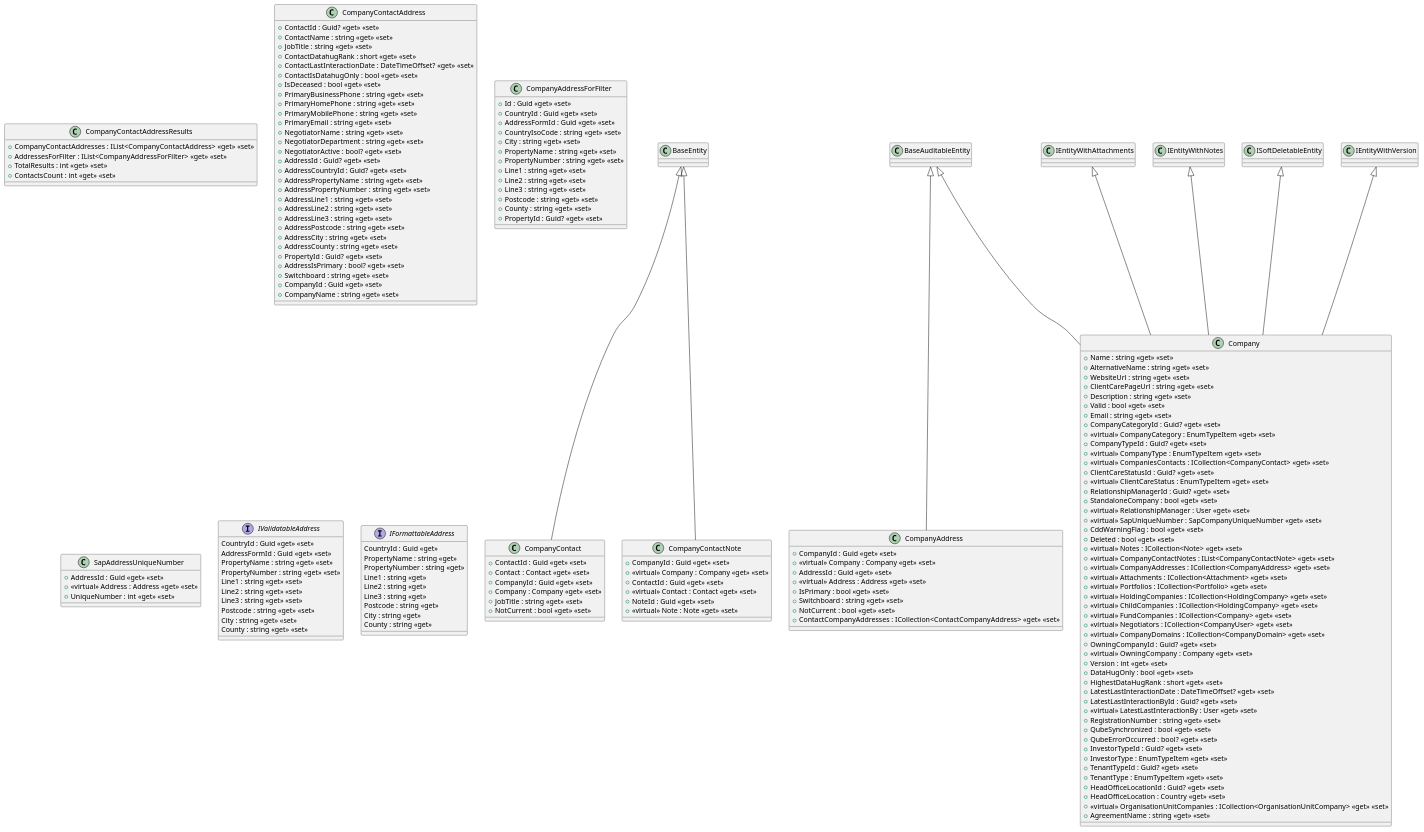
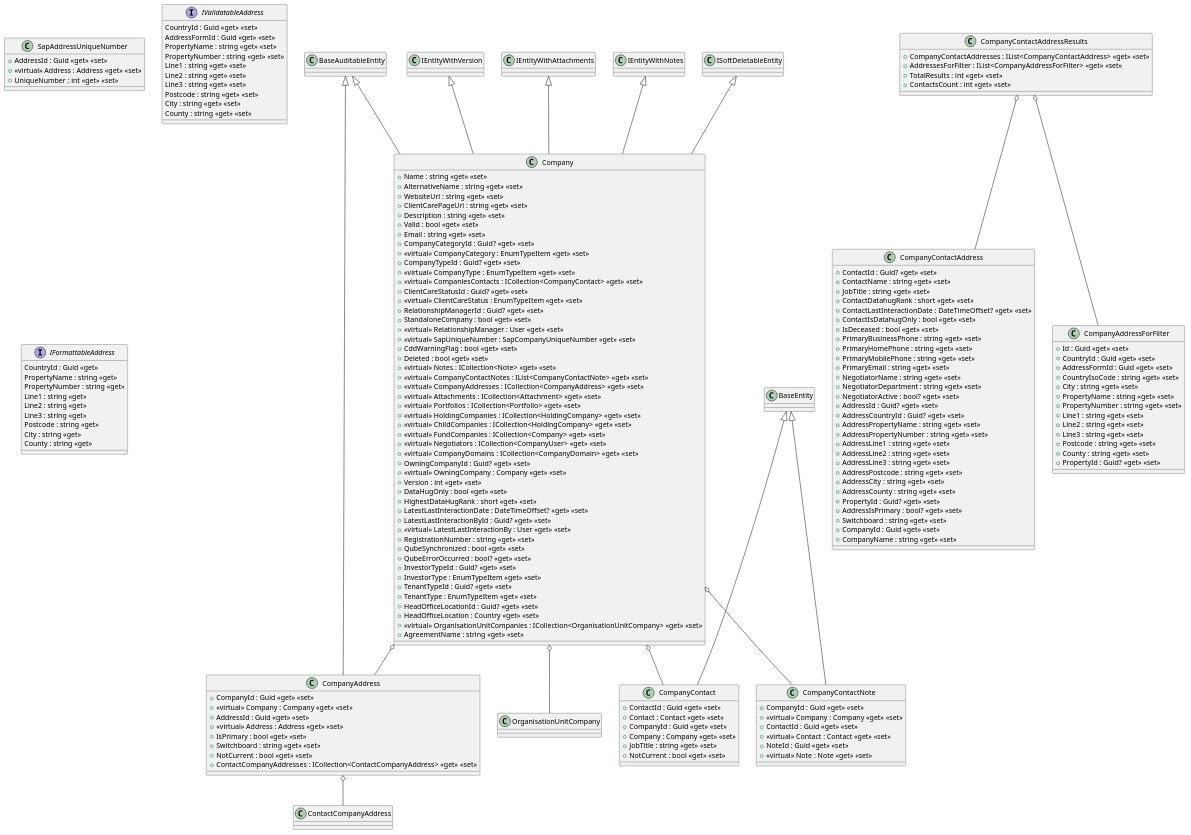
Before and after one commit to Kf-GaryNewport/Kf-GaryNewport.github.io: the diagram in assets/Address3.puml, drawn with PlantUML. The commit also changed 1 other file, not shown here.

```diff
--- a/assets/Address3.puml
+++ b/assets/Address3.puml
@@ -1,178 +1,189 @@
 @startuml Address
-
-'----------------------------
-
-class CompanyContact {
-    + ContactId : Guid <<get>> <<set>>
-    + Contact : Contact <<get>> <<set>>
-    + CompanyId : Guid <<get>> <<set>>
-    + Company : Company <<get>> <<set>>
-    + JobTitle : string <<get>> <<set>>
-    + NotCurrent : bool <<get>> <<set>>
-}
-BaseEntity <|-- CompanyContact
-
-class CompanyContactNote {
-    + CompanyId : Guid <<get>> <<set>>
-    + <<virtual>> Company : Company <<get>> <<set>>
-    + ContactId : Guid <<get>> <<set>>
-    + <<virtual>> Contact : Contact <<get>> <<set>>
-    + NoteId : Guid <<get>> <<set>>
-    + <<virtual>> Note : Note <<get>> <<set>>
-}
-BaseEntity <|-- CompanyContactNote
-
-class CompanyContactAddressResults {
-    + CompanyContactAddresses : IList<CompanyContactAddress> <<get>> <<set>>
-    + AddressesForFilter : IList<CompanyAddressForFilter> <<get>> <<set>>
-    + TotalResults : int <<get>> <<set>>
-    + ContactsCount : int <<get>> <<set>>
-}
-class CompanyContactAddress {
-    + ContactId : Guid? <<get>> <<set>>
-    + ContactName : string <<get>> <<set>>
-    + JobTitle : string <<get>> <<set>>
-    + ContactDatahugRank : short <<get>> <<set>>
-    + ContactLastInteractionDate : DateTimeOffset? <<get>> <<set>>
-    + ContactIsDatahugOnly : bool <<get>> <<set>>
-    + IsDeceased : bool <<get>> <<set>>
-    + PrimaryBusinessPhone : string <<get>> <<set>>
-    + PrimaryHomePhone : string <<get>> <<set>>
-    + PrimaryMobilePhone : string <<get>> <<set>>
-    + PrimaryEmail : string <<get>> <<set>>
-    + NegotiatorName : string <<get>> <<set>>
-    + NegotiatorDepartment : string <<get>> <<set>>
-    + NegotiatorActive : bool? <<get>> <<set>>
-    + AddressId : Guid? <<get>> <<set>>
-    + AddressCountryId : Guid? <<get>> <<set>>
-    + AddressPropertyName : string <<get>> <<set>>
-    + AddressPropertyNumber : string <<get>> <<set>>
-    + AddressLine1 : string <<get>> <<set>>
-    + AddressLine2 : string <<get>> <<set>>
-    + AddressLine3 : string <<get>> <<set>>
-    + AddressPostcode : string <<get>> <<set>>
-    + AddressCity : string <<get>> <<set>>
-    + AddressCounty : string <<get>> <<set>>
-    + PropertyId : Guid? <<get>> <<set>>
-    + AddressIsPrimary : bool? <<get>> <<set>>
-    + Switchboard : string <<get>> <<set>>
-    + CompanyId : Guid <<get>> <<set>>
-    + CompanyName : string <<get>> <<set>>
-}
-class CompanyAddressForFilter {
-    + Id : Guid <<get>> <<set>>
-    + CountryId : Guid <<get>> <<set>>
-    + AddressFormId : Guid <<get>> <<set>>
-    + CountryIsoCode : string <<get>> <<set>>
-    + City : string <<get>> <<set>>
-    + PropertyName : string <<get>> <<set>>
-    + PropertyNumber : string <<get>> <<set>>
-    + Line1 : string <<get>> <<set>>
-    + Line2 : string <<get>> <<set>>
-    + Line3 : string <<get>> <<set>>
-    + Postcode : string <<get>> <<set>>
-    + County : string <<get>> <<set>>
-    + PropertyId : Guid? <<get>> <<set>>
-}
-
-class CompanyAddress {
-    + CompanyId : Guid <<get>> <<set>>
-    + <<virtual>> Company : Company <<get>> <<set>>
-    + AddressId : Guid <<get>> <<set>>
-    + <<virtual>> Address : Address <<get>> <<set>>
-    + IsPrimary : bool <<get>> <<set>>
-    + Switchboard : string <<get>> <<set>>
-    + NotCurrent : bool <<get>> <<set>>
-    + ContactCompanyAddresses : ICollection<ContactCompanyAddress> <<get>> <<set>>
-}
-BaseAuditableEntity <|-- CompanyAddress
 
 class Company {
     + Name : string <<get>> <<set>>
     + AlternativeName : string <<get>> <<set>>
     + WebsiteUrl : string <<get>> <<set>>
     + ClientCarePageUrl : string <<get>> <<set>>
     + Description : string <<get>> <<set>>
     + Valid : bool <<get>> <<set>>
     + Email : string <<get>> <<set>>
     + CompanyCategoryId : Guid? <<get>> <<set>>
     + <<virtual>> CompanyCategory : EnumTypeItem <<get>> <<set>>
     + CompanyTypeId : Guid? <<get>> <<set>>
     + <<virtual>> CompanyType : EnumTypeItem <<get>> <<set>>
     + <<virtual>> CompaniesContacts : ICollection<CompanyContact> <<get>> <<set>>
     + ClientCareStatusId : Guid? <<get>> <<set>>
     + <<virtual>> ClientCareStatus : EnumTypeItem <<get>> <<set>>
     + RelationshipManagerId : Guid? <<get>> <<set>>
     + StandaloneCompany : bool <<get>> <<set>>
     + <<virtual>> RelationshipManager : User <<get>> <<set>>
     + <<virtual>> SapUniqueNumber : SapCompanyUniqueNumber <<get>> <<set>>
     + CddWarningFlag : bool <<get>> <<set>>
     + Deleted : bool <<get>> <<set>>
     + <<virtual>> Notes : ICollection<Note> <<get>> <<set>>
     + <<virtual>> CompanyContactNotes : IList<CompanyContactNote> <<get>> <<set>>
     + <<virtual>> CompanyAddresses : ICollection<CompanyAddress> <<get>> <<set>>
     + <<virtual>> Attachments : ICollection<Attachment> <<get>> <<set>>
     + <<virtual>> Portfolios : ICollection<Portfolio> <<get>> <<set>>
     + <<virtual>> HoldingCompanies : ICollection<HoldingCompany> <<get>> <<set>>
     + <<virtual>> ChildCompanies : ICollection<HoldingCompany> <<get>> <<set>>
     + <<virtual>> FundCompanies : ICollection<Company> <<get>> <<set>>
     + <<virtual>> Negotiators : ICollection<CompanyUser> <<get>> <<set>>
     + <<virtual>> CompanyDomains : ICollection<CompanyDomain> <<get>> <<set>>
     + OwningCompanyId : Guid? <<get>> <<set>>
     + <<virtual>> OwningCompany : Company <<get>> <<set>>
     + Version : int <<get>> <<set>>
     + DataHugOnly : bool <<get>> <<set>>
     + HighestDataHugRank : short <<get>> <<set>>
     + LatestLastInteractionDate : DateTimeOffset? <<get>> <<set>>
     + LatestLastInteractionById : Guid? <<get>> <<set>>
     + <<virtual>> LatestLastInteractionBy : User <<get>> <<set>>
     + RegistrationNumber : string <<get>> <<set>>
     + QubeSynchronized : bool <<get>> <<set>>
     + QubeErrorOccurred : bool? <<get>> <<set>>
     + InvestorTypeId : Guid? <<get>> <<set>>
     + InvestorType : EnumTypeItem <<get>> <<set>>
     + TenantTypeId : Guid? <<get>> <<set>>
     + TenantType : EnumTypeItem <<get>> <<set>>
     + HeadOfficeLocationId : Guid? <<get>> <<set>>
     + HeadOfficeLocation : Country <<get>> <<set>>
     + <<virtual>> OrganisationUnitCompanies : ICollection<OrganisationUnitCompany> <<get>> <<set>>
     + AgreementName : string <<get>> <<set>>
 }
 BaseAuditableEntity <|-- Company
 IEntityWithAttachments <|-- Company
 IEntityWithNotes <|-- Company
 ISoftDeletableEntity <|-- Company
 IEntityWithVersion <|-- Company
+Company o-- CompanyAddress
+Company o-- OrganisationUnitCompany
+Company o-- CompanyContact
+Company o-- CompanyContactNote
+
+class CompanyContact {
+    + ContactId : Guid <<get>> <<set>>
+    + Contact : Contact <<get>> <<set>>
+    + CompanyId : Guid <<get>> <<set>>
+    + Company : Company <<get>> <<set>>
+    + JobTitle : string <<get>> <<set>>
+    + NotCurrent : bool <<get>> <<set>>
+}
+BaseEntity <|-- CompanyContact
+
+class CompanyContactNote {
+    + CompanyId : Guid <<get>> <<set>>
+    + <<virtual>> Company : Company <<get>> <<set>>
+    + ContactId : Guid <<get>> <<set>>
+    + <<virtual>> Contact : Contact <<get>> <<set>>
+    + NoteId : Guid <<get>> <<set>>
+    + <<virtual>> Note : Note <<get>> <<set>>
+}
+BaseEntity <|-- CompanyContactNote
+
+class CompanyAddress {
+    + CompanyId : Guid <<get>> <<set>>
+    + <<virtual>> Company : Company <<get>> <<set>>
+    + AddressId : Guid <<get>> <<set>>
+    + <<virtual>> Address : Address <<get>> <<set>>
+    + IsPrimary : bool <<get>> <<set>>
+    + Switchboard : string <<get>> <<set>>
+    + NotCurrent : bool <<get>> <<set>>
+    + ContactCompanyAddresses : ICollection<ContactCompanyAddress> <<get>> <<set>>
+}
+BaseAuditableEntity <|-- CompanyAddress
+CompanyAddress o-- ContactCompanyAddress
+
+
 
 class SapAddressUniqueNumber {
     + AddressId : Guid <<get>> <<set>>
     + <<virtual>> Address : Address <<get>> <<set>>
     + UniqueNumber : int <<get>> <<set>>
 }
 
 interface IValidatableAddress {
     CountryId : Guid <<get>> <<set>>
     AddressFormId : Guid <<get>> <<set>>
     PropertyName : string <<get>> <<set>>
     PropertyNumber : string <<get>> <<set>>
     Line1 : string <<get>> <<set>>
     Line2 : string <<get>> <<set>>
     Line3 : string <<get>> <<set>>
     Postcode : string <<get>> <<set>>
     City : string <<get>> <<set>>
     County : string <<get>> <<set>>
 }
 
 interface IFormattableAddress {
     CountryId : Guid <<get>>
     PropertyName : string <<get>>
     PropertyNumber : string <<get>>
     Line1 : string <<get>>
     Line2 : string <<get>>
     Line3 : string <<get>>
     Postcode : string <<get>>
     City : string <<get>>
     County : string <<get>>
 }
 
+
+class CompanyContactAddressResults {
+    + CompanyContactAddresses : IList<CompanyContactAddress> <<get>> <<set>>
+    + AddressesForFilter : IList<CompanyAddressForFilter> <<get>> <<set>>
+    + TotalResults : int <<get>> <<set>>
+    + ContactsCount : int <<get>> <<set>>
+}
+
+CompanyContactAddressResults o-- CompanyContactAddress
+CompanyContactAddressResults o-- CompanyAddressForFilter
+
+class CompanyContactAddress {
+    + ContactId : Guid? <<get>> <<set>>
+    + ContactName : string <<get>> <<set>>
+    + JobTitle : string <<get>> <<set>>
+    + ContactDatahugRank : short <<get>> <<set>>
+    + ContactLastInteractionDate : DateTimeOffset? <<get>> <<set>>
+    + ContactIsDatahugOnly : bool <<get>> <<set>>
+    + IsDeceased : bool <<get>> <<set>>
+    + PrimaryBusinessPhone : string <<get>> <<set>>
+    + PrimaryHomePhone : string <<get>> <<set>>
+    + PrimaryMobilePhone : string <<get>> <<set>>
+    + PrimaryEmail : string <<get>> <<set>>
+    + NegotiatorName : string <<get>> <<set>>
+    + NegotiatorDepartment : string <<get>> <<set>>
+    + NegotiatorActive : bool? <<get>> <<set>>
+    + AddressId : Guid? <<get>> <<set>>
+    + AddressCountryId : Guid? <<get>> <<set>>
+    + AddressPropertyName : string <<get>> <<set>>
+    + AddressPropertyNumber : string <<get>> <<set>>
+    + AddressLine1 : string <<get>> <<set>>
+    + AddressLine2 : string <<get>> <<set>>
+    + AddressLine3 : string <<get>> <<set>>
+    + AddressPostcode : string <<get>> <<set>>
+    + AddressCity : string <<get>> <<set>>
+    + AddressCounty : string <<get>> <<set>>
+    + PropertyId : Guid? <<get>> <<set>>
+    + AddressIsPrimary : bool? <<get>> <<set>>
+    + Switchboard : string <<get>> <<set>>
+    + CompanyId : Guid <<get>> <<set>>
+    + CompanyName : string <<get>> <<set>>
+}
+class CompanyAddressForFilter {
+    + Id : Guid <<get>> <<set>>
+    + CountryId : Guid <<get>> <<set>>
+    + AddressFormId : Guid <<get>> <<set>>
+    + CountryIsoCode : string <<get>> <<set>>
+    + City : string <<get>> <<set>>
+    + PropertyName : string <<get>> <<set>>
+    + PropertyNumber : string <<get>> <<set>>
+    + Line1 : string <<get>> <<set>>
+    + Line2 : string <<get>> <<set>>
+    + Line3 : string <<get>> <<set>>
+    + Postcode : string <<get>> <<set>>
+    + County : string <<get>> <<set>>
+    + PropertyId : Guid? <<get>> <<set>>
+}
+
+
 @enduml
```
